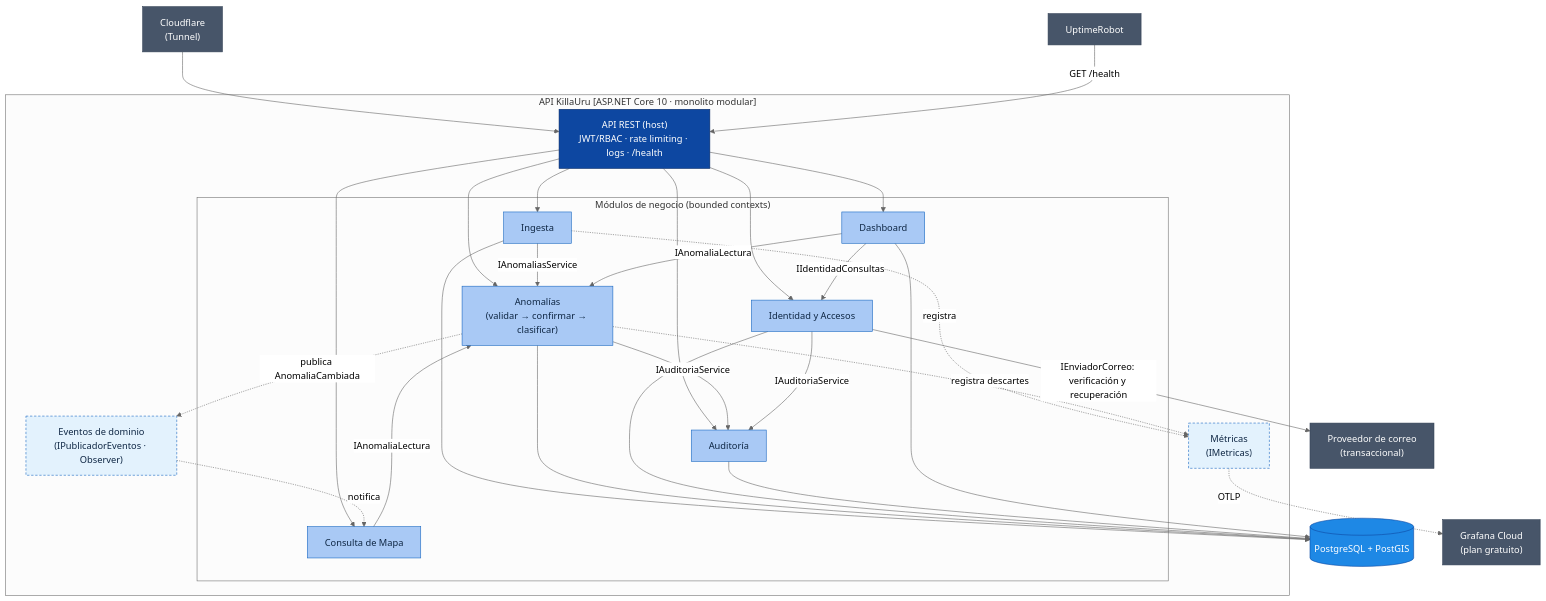
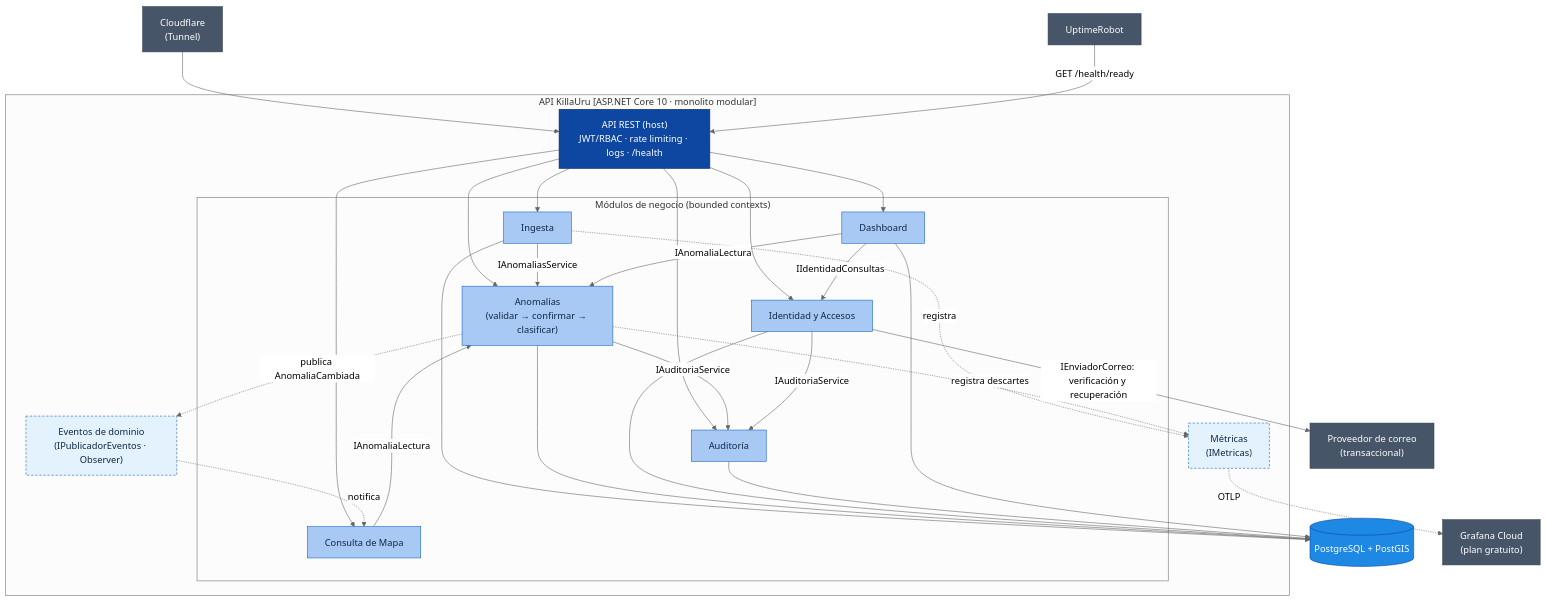
The first of 2 diagrams in docs/02-arquitectura-de-software/componentes-arquitectonicos.md (Crisso29/KillaUru_Sprint01), drawn with Mermaid (neutral theme) before and after one commit. The commit also changed other lines of this file and 13 other files, not shown here.

````diff
--- a/docs/02-arquitectura-de-software/componentes-arquitectonicos.md
+++ b/docs/02-arquitectura-de-software/componentes-arquitectonicos.md
@@ -15,58 +15,58 @@
 ```mermaid
 flowchart TD
     classDef host fill:#0D47A1,color:#fff,stroke:#082a66
     classDef modulo fill:#A9C9F5,color:#0F2744,stroke:#1565C0
     classDef compartido fill:#E3F2FD,color:#0F2744,stroke:#1565C0,stroke-dasharray: 4 3
     classDef datos fill:#1E88E5,color:#fff,stroke:#0d47a1
     classDef externo fill:#475569,color:#fff,stroke:#334155
 
     CF["Cloudflare<br/>(Tunnel)"]:::externo
     UR["UptimeRobot"]:::externo
     MAIL["Proveedor de correo<br/>(transaccional)"]:::externo
     DB[("PostgreSQL + PostGIS")]:::datos
 
     subgraph API["API KillaUru [ASP.NET Core 10 · monolito modular]"]
         REST["API REST (host)<br/>JWT/RBAC · rate limiting · logs · /health"]:::host
 
         subgraph MOD["Módulos de negocio (bounded contexts)"]
             ID["Identidad y Accesos"]:::modulo
             ING["Ingesta"]:::modulo
             ANO["Anomalías<br/>(validar → confirmar → clasificar)"]:::modulo
             MAPA["Consulta de Mapa"]:::modulo
             DASH["Dashboard"]:::modulo
             AUD["Auditoría"]:::modulo
         end
 
         EVT["Eventos de dominio<br/>(IPublicadorEventos · Observer)"]:::compartido
         MET["Métricas<br/>(IMetricas)"]:::compartido
     end
 
     CF --> REST
-    UR -- "GET /health" --> REST
+    UR -- "GET /health/ready" --> REST
 
     REST --> ID
     REST --> ING
     REST --> ANO
     REST --> MAPA
     REST --> DASH
     REST --> AUD
 
     ING -- "IAnomaliasService" --> ANO
     ANO -- "IAuditoriaService" --> AUD
     ANO -. "publica AnomaliaCambiada" .-> EVT
     ID -- "IAuditoriaService" --> AUD
     ID -- "IEnviadorCorreo: verificación y recuperación" --> MAIL
     MAPA -- "IAnomaliaLectura" --> ANO
     EVT -. "notifica" .-> MAPA
     DASH -- "IAnomaliaLectura" --> ANO
     DASH -- "IIdentidadConsultas" --> ID
     ING -. "registra" .-> MET
     ANO -. "registra descartes" .-> MET
     MET -. "OTLP" .-> GRAF["Grafana Cloud<br/>(plan gratuito)"]:::externo
 
     ING --> DB
     ANO --> DB
     ID --> DB
     AUD --> DB
     DASH --> DB
 ```
````
